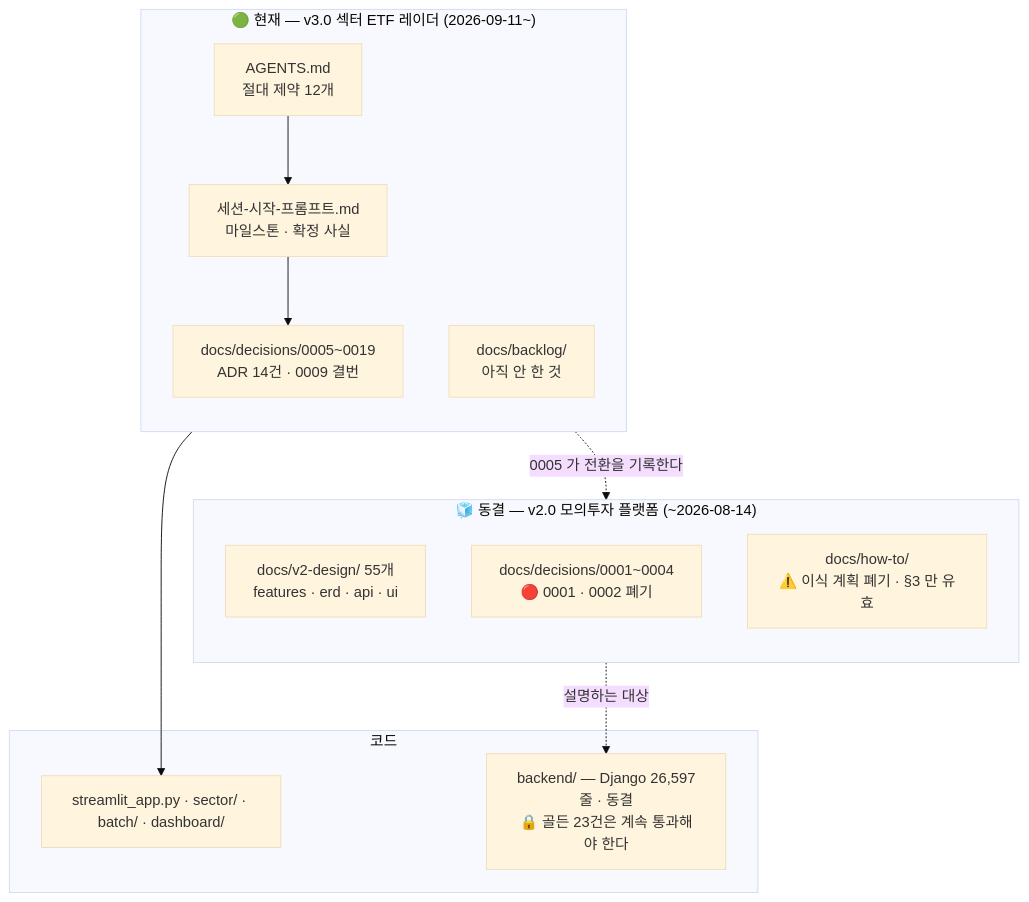
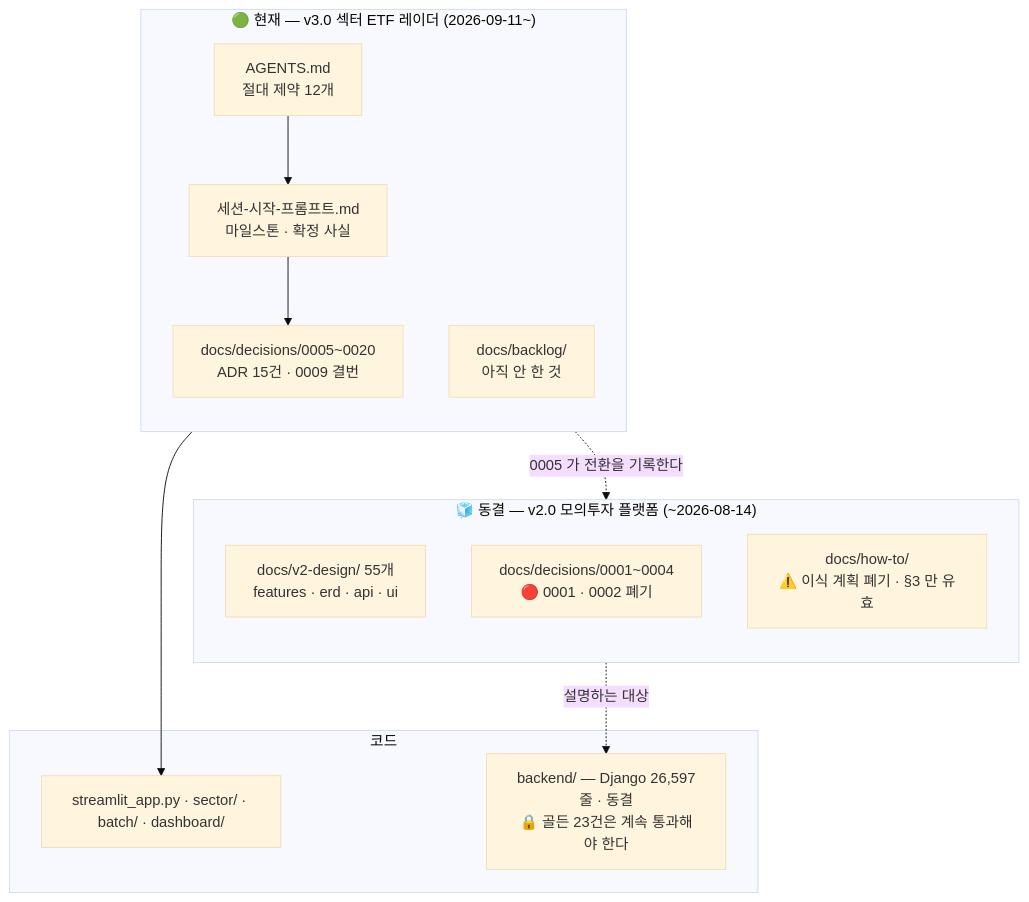
One commit to EST-Bootcamp-Dongwon/stock-coin-trade changed the diagram in docs/README.md. Above: the diagram before and after it, drawn with Mermaid (base theme). The commit also changed other lines of this file and 27 other files, not shown here.

````diff
--- a/docs/README.md
+++ b/docs/README.md
@@ -25,24 +25,24 @@
 ```mermaid
 flowchart TB
   subgraph NOW["🟢 현재 — v3.0 섹터 ETF 레이더 (2026-09-11~)"]
     direction TB
     A["AGENTS.md<br/>절대 제약 12개"]
     S["세션-시작-프롬프트.md<br/>마일스톤 · 확정 사실"]
-    D["docs/decisions/0005~0019<br/>ADR 14건 · 0009 결번"]
+    D["docs/decisions/0005~0020<br/>ADR 15건 · 0009 결번"]
     B["docs/backlog/<br/>아직 안 한 것"]
     A --> S --> D
   end
   subgraph FROZEN["🧊 동결 — v2.0 모의투자 플랫폼 (~2026-08-14)"]
     direction TB
     V["docs/v2-design/ 55개<br/>features · erd · api · ui"]
     O["docs/decisions/0001~0004<br/>🔴 0001 · 0002 폐기"]
     H["docs/how-to/<br/>⚠️ 이식 계획 폐기 · §3 만 유효"]
   end
   subgraph CODE["코드"]
     C3["streamlit_app.py · sector/ · batch/ · dashboard/"]
     C2["backend/ — Django 26,597줄 · 동결<br/>🔒 골든 23건은 계속 통과해야 한다"]
   end
   NOW --> C3
   FROZEN -. "설명하는 대상" .-> C2
   D -. "0005 가 전환을 기록한다" .-> FROZEN
 ```
````
